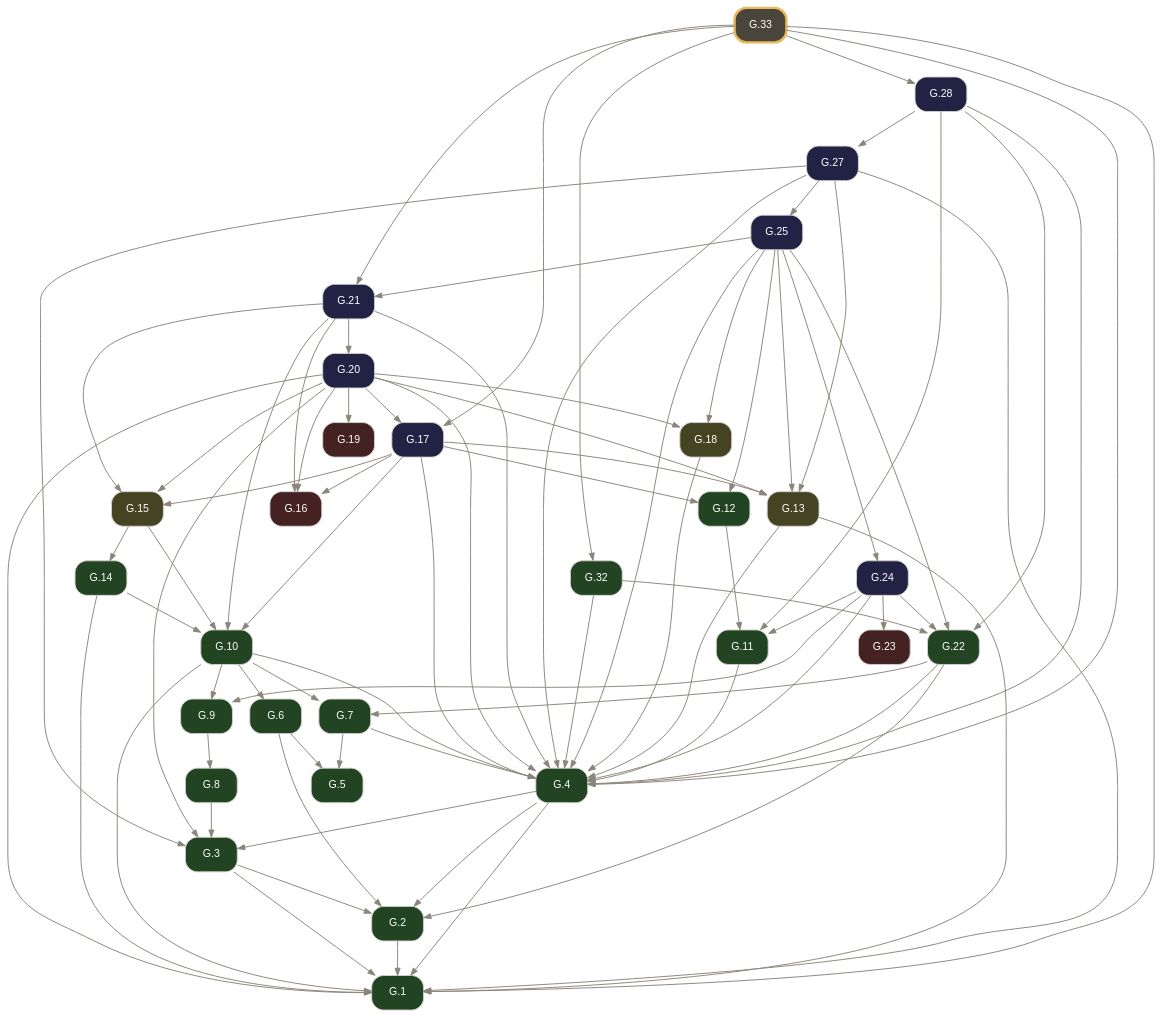
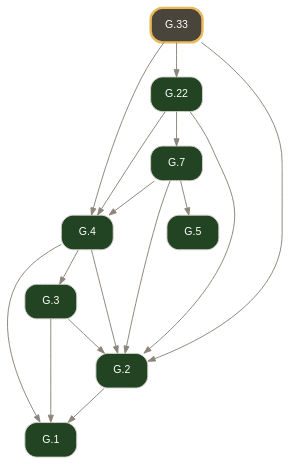
Before and after one commit to geometor/elements: the diagram in docsrc/elements2/G.33/index.rst, drawn with Graphviz. The commit also changed other lines of this file and 1276 other files, not shown here.

```diff
--- a/docsrc/elements2/G.33/index.rst
+++ b/docsrc/elements2/G.33/index.rst
@@ -97,106 +43,22 @@
      "G.3" [label="G.3", tooltip="G.3 (I.def.3): The extremities of a segment / A B / are points A, B.", fillcolor="#224422", URL="../G.3/index.html", target="_top"];
      "G.4" [label="G.4", tooltip="G.4 (I.def.4): A segment / A B / is a portion of a line [ A B ] between two points A, B on the line.", fillcolor="#224422", URL="../G.4/index.html", target="_top"];
      "G.5" [label="G.5", tooltip="G.5 (I.def.5): A surface is that which has length and breadth only.", fillcolor="#224422", URL="../G.5/index.html", target="_top"];
-     "G.6" [label="G.6", tooltip="G.6 (I.def.6): The extremities of a surface are lines or arcs.", fillcolor="#224422", URL="../G.6/index.html", target="_top"];
      "G.7" [label="G.7", tooltip="G.7 (I.def.7): A plane surface lies evenly with the lines on itself.", fillcolor="#224422", URL="../G.7/index.html", target="_top"];
-     "G.8" [label="G.8", tooltip="G.8 (I.def.13): A boundary is the extremity of anything.", fillcolor="#224422", URL="../G.8/index.html", target="_top"];
-     "G.9" [label="G.9", tooltip="G.9 (I.def.14): A figure is that which is contained by any boundary or boundaries.", fillcolor="#224422", URL="../G.9/index.html", target="_top"];
-     "G.10" [label="G.10", tooltip="G.10 (I.def.15): A circle ( A B ) is a plane figure contained by one arc defined by a center A and a point B establishing its defining radius / A B /, such that all segments / A B /, / A C /, / A D...", fillcolor="#224422", URL="../G.10/index.html", target="_top"];
-     "G.11" [label="G.11", tooltip="G.11 (I.def.19): Rectilineal figures are contained by segments: trilateral by three, quadrilateral by four, and multilateral by more than four.", fillcolor="#224422", URL="../G.11/index.html", target="_top"];
-     "G.12" [label="G.12", tooltip="G.12 (I.def.20): Of trilateral figures, an equilateral triangle < A B C > has three equal sides, an isosceles triangle < D E F > has two equal sides, and a scalene triangle < G H K > has three uneq...", fillcolor="#224422", URL="../G.12/index.html", target="_top"];
-     "G.13" [label="G.13", tooltip="G.13 (I.post.1): Construct a segment / A B / between any two points A, B.", fillcolor="#444422", URL="../G.13/index.html", target="_top"];
-     "G.14" [label="G.14", tooltip="G.14 (I.def.16): The point A within the circle ( A B ) from which all segments / A B /, / A C / to the arc are equal is called the center of the circle.", fillcolor="#224422", URL="../G.14/index.html", target="_top"];
-     "G.15" [label="G.15", tooltip="G.15 (I.post.3): Construct a circle ( A B ) with center A and defining radius point B.", fillcolor="#444422", URL="../G.15/index.html", target="_top"];
-     "G.16" [label="G.16", tooltip="G.16 (I.cn.1): Things equal to the same thing are equal to one another.", fillcolor="#442222", URL="../G.16/index.html", target="_top"];
-     "G.17" [label="G.17", tooltip="G.17 (I.1): Construct an equilateral triangle on a given segment.", fillcolor="#222244", URL="../G.17/index.html", target="_top"];
-     "G.18" [label="G.18", tooltip="G.18 (I.post.2): Extend a segment / A B / continuously along a line [ A B ] to / B C /.", fillcolor="#444422", URL="../G.18/index.html", target="_top"];
-     "G.19" [label="G.19", tooltip="G.19 (I.cn.3): If equals are subtracted from equals, the remainders are equal.", fillcolor="#442222", URL="../G.19/index.html", target="_top"];
-     "G.20" [label="G.20", tooltip="G.20 (I.2): Construct at a given point a segment equal to a given segment.", fillcolor="#222244", URL="../G.20/index.html", target="_top"];
-     "G.21" [label="G.21", tooltip="G.21 (I.3): Cut off from the greater of two unequal segments a segment equal to the less.", fillcolor="#222244", URL="../G.21/index.html", target="_top"];
      "G.22" [label="G.22", tooltip="G.22 (I.def.8): A plane angle is the inclination to one another of two lines or arcs in a plane that meet and do not lie on the same line.", fillcolor="#224422", URL="../G.22/index.html", target="_top"];
-     "G.23" [label="G.23", tooltip="G.23 (I.cn.4): Things / A B /, / D E / that coincide with one another are equal to one another.", fillcolor="#442222", URL="../G.23/index.html", target="_top"];
-     "G.24" [label="G.24", tooltip="G.24 (I.4): Triangles with two sides and the included angle equal are congruent (SAS).", fillcolor="#222244", URL="../G.24/index.html", target="_top"];
-     "G.25" [label="G.25", tooltip="G.25 (I.5): In an isosceles triangle, the angles at the base are equal, and if the equal sides are extended, the angles under the base are equal.", fillcolor="#222244", URL="../G.25/index.html", target="_top"];
-     "G.27" [label="G.27", tooltip="G.27 (I.7): On the same segment and on the same side, there cannot be constructed two distinct triangles with both pairs of conterminous sides equal.", fillcolor="#222244", URL="../G.27/index.html", target="_top"];
-     "G.28" [label="G.28", tooltip="G.28 (I.8): Triangles with all three corresponding sides equal have their corresponding angles equal (SSS).", fillcolor="#222244", URL="../G.28/index.html", target="_top"];
-     "G.32" [label="G.32", tooltip="G.32 (I.def.10): When a segment standing on a line makes the adjacent angles equal, each of the equal angles is a right angle, and the standing segment is perpendicular to the line.", fillcolor="#224422", URL="../G.32/index.html", target="_top"];
-     "G.33" [label="G.33", tooltip="G.33 (I.11): Construct a segment at right angles to a given line from a given point on it.", penwidth=2.5, color="#e8b85a", fillcolor="#4a453b", URL="index.html", target="_top"];
+     "G.33" [label="G.33", tooltip="G.33 (I.def.10): When a segment standing on a line makes the adjacent angles equal, each of the equal angles is a right angle, and the standing segment is perpendicular to the line.", penwidth=2.5, color="#e8b85a", fillcolor="#4a453b", URL="index.html", target="_top"];
      "G.2" -> "G.1";
      "G.3" -> "G.1";
      "G.4" -> "G.1";
-     "G.10" -> "G.1";
-     "G.13" -> "G.1";
-     "G.14" -> "G.1";
-     "G.20" -> "G.1";
-     "G.27" -> "G.1";
-     "G.33" -> "G.1";
      "G.3" -> "G.2";
      "G.4" -> "G.2";
-     "G.6" -> "G.2";
+     "G.7" -> "G.2";
      "G.22" -> "G.2";
+     "G.33" -> "G.2";
      "G.4" -> "G.3";
-     "G.8" -> "G.3";
-     "G.20" -> "G.3";
-     "G.27" -> "G.3";
      "G.7" -> "G.4";
-     "G.10" -> "G.4";
-     "G.11" -> "G.4";
-     "G.13" -> "G.4";
-     "G.17" -> "G.4";
-     "G.18" -> "G.4";
-     "G.20" -> "G.4";
-     "G.21" -> "G.4";
      "G.22" -> "G.4";
-     "G.24" -> "G.4";
-     "G.25" -> "G.4";
-     "G.27" -> "G.4";
-     "G.28" -> "G.4";
-     "G.32" -> "G.4";
      "G.33" -> "G.4";
-     "G.6" -> "G.5";
      "G.7" -> "G.5";
-     "G.10" -> "G.6";
-     "G.10" -> "G.7";
      "G.22" -> "G.7";
-     "G.9" -> "G.8";
-     "G.10" -> "G.9";
-     "G.24" -> "G.9";
-     "G.14" -> "G.10";
-     "G.15" -> "G.10";
-     "G.17" -> "G.10";
-     "G.21" -> "G.10";
-     "G.12" -> "G.11";
-     "G.24" -> "G.11";
-     "G.28" -> "G.11";
-     "G.17" -> "G.12";
-     "G.25" -> "G.12";
-     "G.17" -> "G.13";
-     "G.20" -> "G.13";
-     "G.25" -> "G.13";
-     "G.27" -> "G.13";
-     "G.15" -> "G.14";
-     "G.17" -> "G.15";
-     "G.20" -> "G.15";
-     "G.21" -> "G.15";
-     "G.17" -> "G.16";
-     "G.20" -> "G.16";
-     "G.21" -> "G.16";
-     "G.20" -> "G.17";
-     "G.33" -> "G.17";
-     "G.20" -> "G.18";
-     "G.25" -> "G.18";
-     "G.20" -> "G.19";
-     "G.21" -> "G.20";
-     "G.25" -> "G.21";
-     "G.33" -> "G.21";
-     "G.24" -> "G.22";
-     "G.25" -> "G.22";
-     "G.28" -> "G.22";
-     "G.32" -> "G.22";
-     "G.24" -> "G.23";
-     "G.25" -> "G.24";
-     "G.27" -> "G.25";
-     "G.28" -> "G.27";
-     "G.33" -> "G.28";
-     "G.33" -> "G.32";
+     "G.33" -> "G.22";
    }
```
